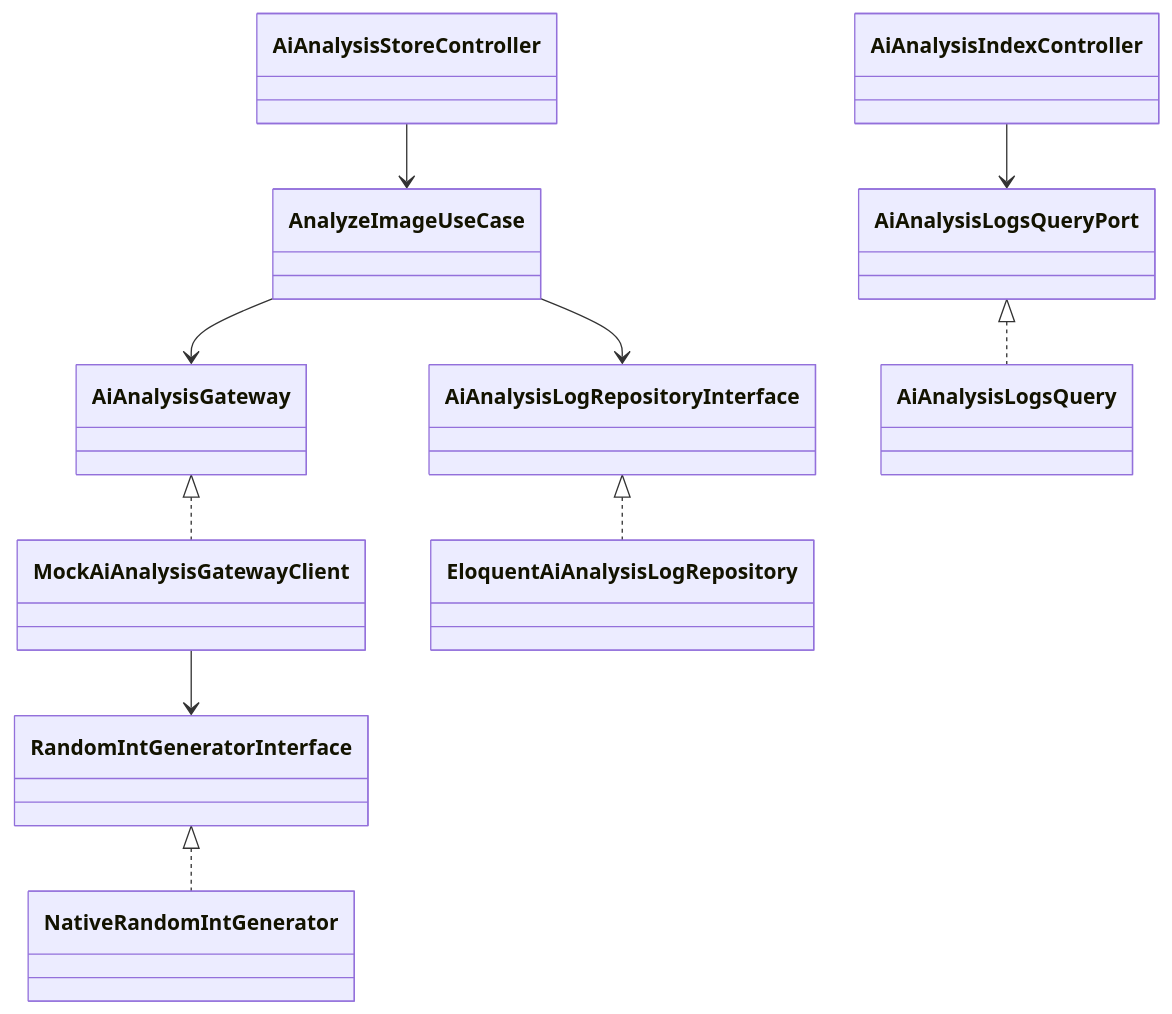
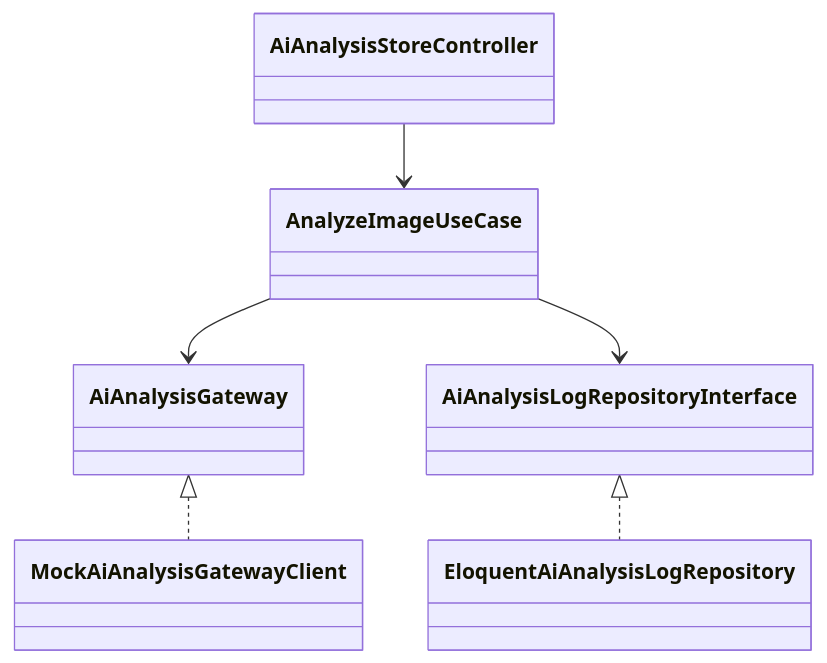
The first of 3 diagrams in README.md (Rohiona/skill-test), drawn with Mermaid before and after one commit. The commit also changed other lines of this file, not shown here.

Commit message:
doc: README更新

````diff
--- a/README.md
+++ b/README.md
@@ -109,24 +110,8 @@
 ```mermaid
 classDiagram
-    class AiAnalysisStoreController
-    class AnalyzeImageUseCase
-    class AiAnalysisGateway
-    class AiAnalysisLogRepositoryInterface
-    class MockAiAnalysisGatewayClient
-    class EloquentAiAnalysisLogRepository
-    class AiAnalysisLogsQueryPort
-    class AiAnalysisLogsQuery
-    class RandomIntGeneratorInterface
-    class NativeRandomIntGenerator
-    class AiAnalysisIndexController
-
     AiAnalysisStoreController --> AnalyzeImageUseCase
     AnalyzeImageUseCase --> AiAnalysisGateway
     AnalyzeImageUseCase --> AiAnalysisLogRepositoryInterface
     AiAnalysisGateway <|.. MockAiAnalysisGatewayClient
     AiAnalysisLogRepositoryInterface <|.. EloquentAiAnalysisLogRepository
-    AiAnalysisLogsQueryPort <|.. AiAnalysisLogsQuery
-    MockAiAnalysisGatewayClient --> RandomIntGeneratorInterface
-    RandomIntGeneratorInterface <|.. NativeRandomIntGenerator
-    AiAnalysisIndexController --> AiAnalysisLogsQueryPort
 ```
````
